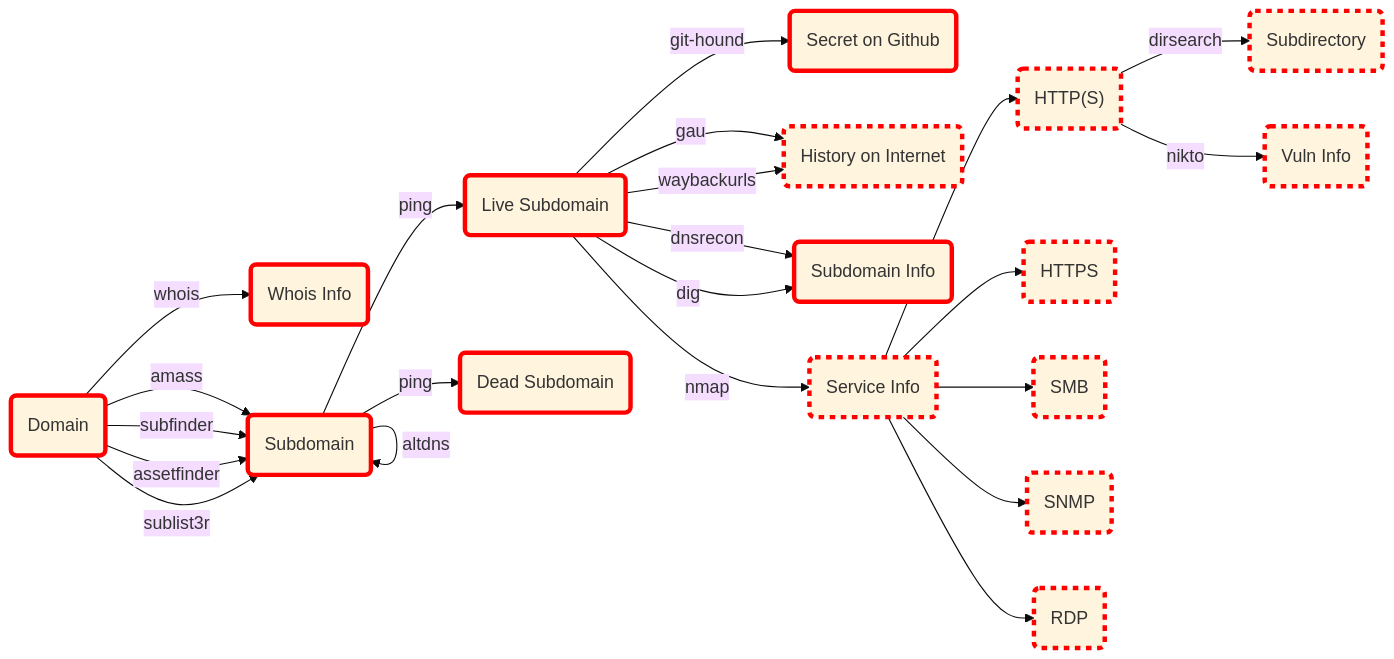
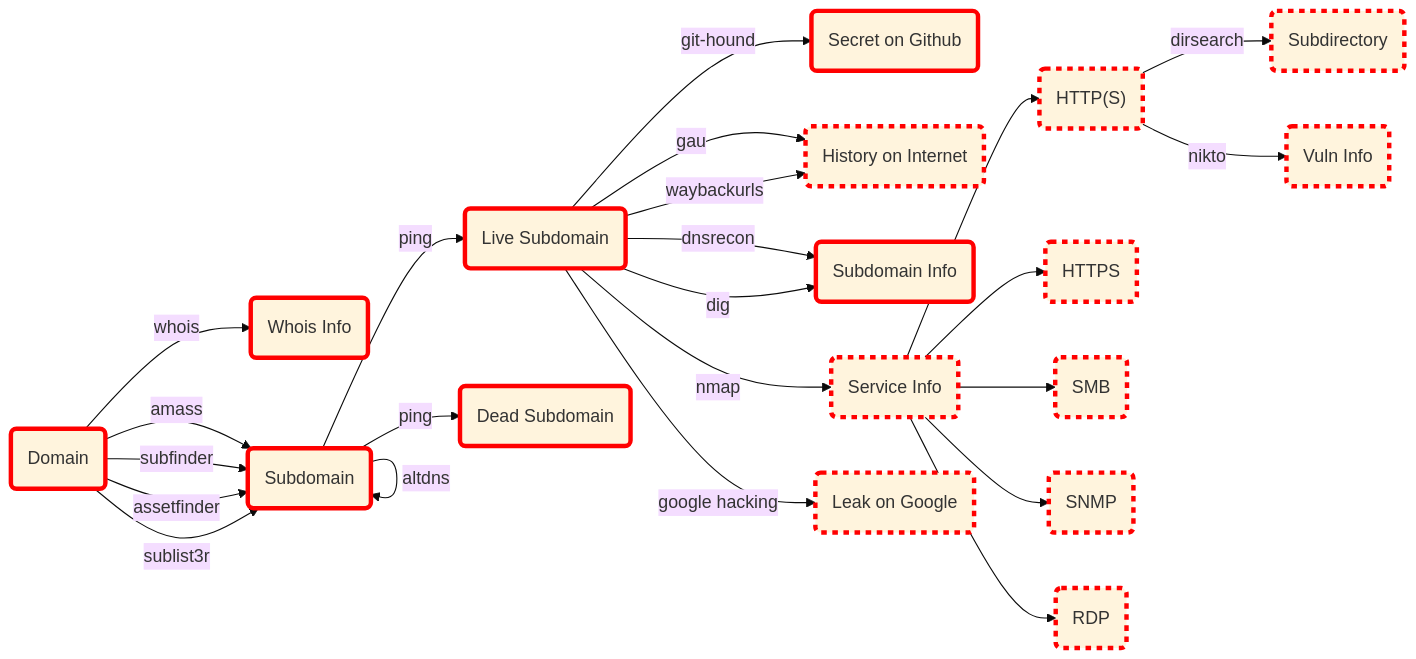
One commit to astroicers/recon-pocket changed the first of 2 diagrams in README.md. Above: the diagram before and after it, drawn with Mermaid (base theme). The commit also changed other lines of this file and 6 other files, not shown here.

````diff
--- a/README.md
+++ b/README.md
@@ -5,39 +9,41 @@
 ```mermaid
 graph LR
   style A  stroke:red,stroke-width:4px
   style B1 stroke:red,stroke-width:4px
   style B2 stroke:red,stroke-width:4px
   style C1 stroke:red,stroke-width:4px
   style C2 stroke:red,stroke-width:4px
   style C3 stroke:red,stroke-width:4px
   style C4 stroke:red,stroke-width:4px,stroke-dasharray: 5 5
   style D1 stroke:red,stroke-width:4px
   style D2 stroke:red,stroke-width:4px,stroke-dasharray: 5 5
+  style D3 stroke:red,stroke-width:4px,stroke-dasharray: 5 5
   style E1 stroke:red,stroke-width:4px,stroke-dasharray: 5 5
   style E2 stroke:red,stroke-width:4px,stroke-dasharray: 5 5
   style E3 stroke:red,stroke-width:4px,stroke-dasharray: 5 5
   style E4 stroke:red,stroke-width:4px,stroke-dasharray: 5 5
   style E5 stroke:red,stroke-width:4px,stroke-dasharray: 5 5
   style F1 stroke:red,stroke-width:4px,stroke-dasharray: 5 5
   style F2 stroke:red,stroke-width:4px,stroke-dasharray: 5 5
   A(Domain) -->|whois| B1(Whois Info)
   A(Domain) -->|amass| B2(Subdomain)
   A(Domain) -->|subfinder| B2(Subdomain)
   A(Domain) -->|assetfinder| B2(Subdomain)
   A(Domain) -->|sublist3r| B2(Subdomain)
   B2(Subdomain) -->|altdns| B2(Subdomain)
   B2(Subdomain) -->|ping| C1(Live Subdomain) & C2(Dead Subdomain)
   C1(Live Subdomain) -->|git-hound| C3(Secret on Github)
   C1(Live Subdomain) -->|gau| C4(History on Internet)
   C1(Live Subdomain) -->|waybackurls| C4(History on Internet)
   C1(Live Subdomain) -->|dnsrecon| D1(Subdomain Info)
   C1(Live Subdomain) -->|dig| D1(Subdomain Info)
   C1(Live Subdomain) -->|nmap| D2(Service Info)
+  C1(Live Subdomain) -->|google hacking| D3(Leak on Google)
   D2(Service Info) --> E1(HTTP)
   D2(Service Info) --> E2(HTTPS)
   D2(Service Info) --> E3(SMB)
   D2(Service Info) --> E4(SNMP)
   D2(Service Info) --> E5(RDP)
   E1("HTTP(S)") -->|dirsearch| F1(Subdirectory)
   E1("HTTP(S)") -->|nikto| F2(Vuln Info)
 ```
````
